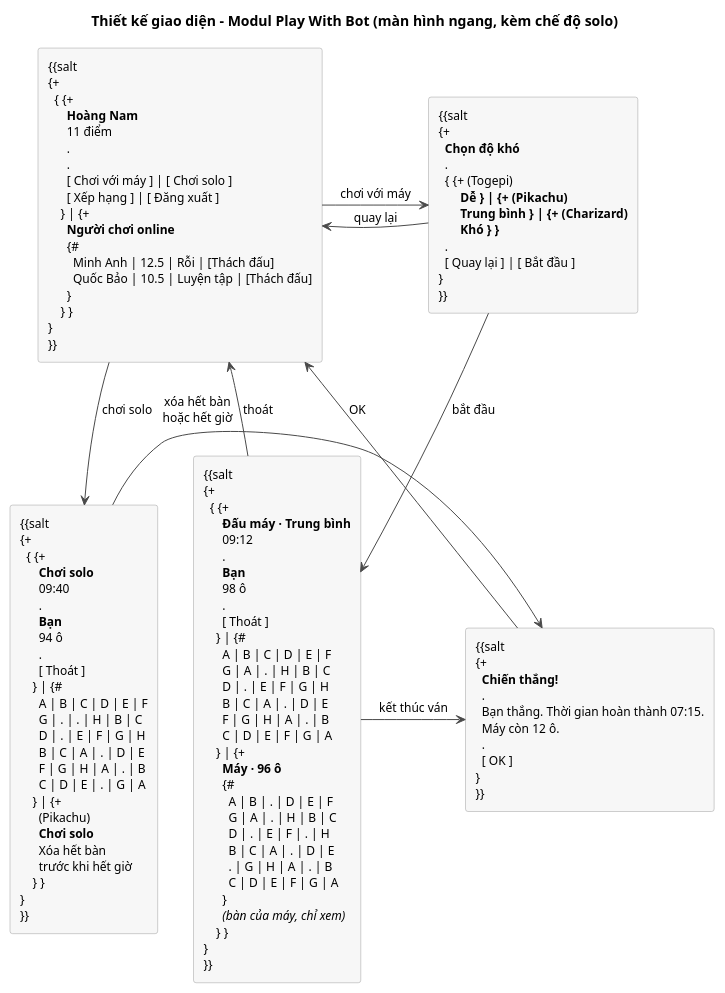
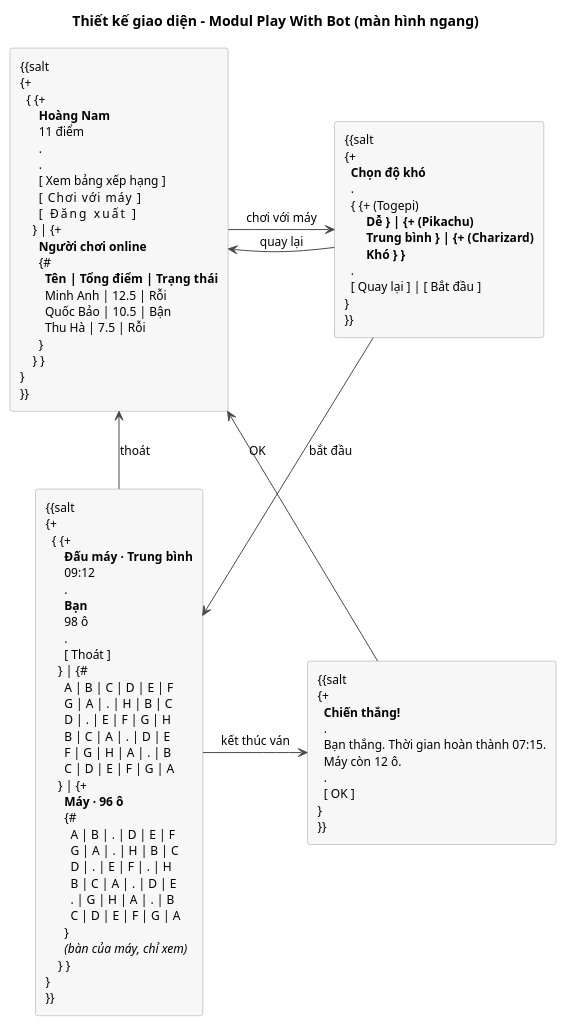
Before and after one commit to VattenL/mobile-pikachu: the diagram in docs/uml/pha3/ui-m2.puml, drawn with PlantUML. The commit also changed 23 other files, not shown here.

```diff
--- a/docs/uml/pha3/ui-m2.puml
+++ b/docs/uml/pha3/ui-m2.puml
@@ -1,131 +1,104 @@
 @startuml ui-m2
-title Thiết kế giao diện - Modul Play With Bot (màn hình ngang, kèm chế độ solo)
+title Thiết kế giao diện - Modul Play With Bot (màn hình ngang)
 
 skinparam shadowing false
 skinparam defaultFontSize 12
 skinparam ArrowColor #4A4A4A
 skinparam rectangle {
   BackgroundColor #F7F7F7
   BorderColor #9E9E9E
 }
 
 rectangle Main [
 {{salt
 {+
   { {+
       <b>Hoàng Nam
       11 điểm
       .
       .
-      [ Chơi với máy ] | [ Chơi solo ]
-      [ Xếp hạng ] | [ Đăng xuất ]
+      [ Xem bảng xếp hạng ]
+      [   Chơi với máy    ]
+      [     Đăng xuất     ]
     } | {+
       <b>Người chơi online
       {#
-        Minh Anh | 12.5 | Rỗi | [Thách đấu]
-        Quốc Bảo | 10.5 | Luyện tập | [Thách đấu]
+        <b>Tên | <b>Tổng điểm | <b>Trạng thái
+        Minh Anh | 12.5 | Rỗi
+        Quốc Bảo | 10.5 | Bận
+        Thu Hà | 7.5 | Rỗi
       }
     } }
 }
 }}
 ]
 
 rectangle Difficulty [
 {{salt
 {+
   <b>Chọn độ khó
   .
   { {+ (Togepi)
        <b>Dễ } | {+ (Pikachu)
        <b>Trung bình } | {+ (Charizard)
        <b>Khó } }
   .
   [ Quay lại ] | [ Bắt đầu ]
 }
 }}
 ]
 
 rectangle Game [
 {{salt
 {+
   { {+
       <b>Đấu máy · Trung bình
       09:12
       .
       <b>Bạn
       98 ô
       .
       [ Thoát ]
     } | {#
       A | B | C | D | E | F
       G | A | . | H | B | C
       D | . | E | F | G | H
       B | C | A | . | D | E
       F | G | H | A | . | B
       C | D | E | F | G | A
     } | {+
       <b>Máy · 96 ô
       {#
         A | B | . | D | E | F
         G | A | . | H | B | C
         D | . | E | F | . | H
         B | C | A | . | D | E
         . | G | H | A | . | B
         C | D | E | F | G | A
       }
       <i>(bàn của máy, chỉ xem)
     } }
 }
 }}
 ]
 
-rectangle Solo [
-{{salt
-{+
-  { {+
-      <b>Chơi solo
-      09:40
-      .
-      <b>Bạn
-      94 ô
-      .
-      [ Thoát ]
-    } | {#
-      A | B | C | D | E | F
-      G | . | . | H | B | C
-      D | . | E | F | G | H
-      B | C | A | . | D | E
-      F | G | H | A | . | B
-      C | D | E | . | G | A
-    } | {+
-      (Pikachu)
-      <b>Chơi solo
-      Xóa hết bàn
-      trước khi hết giờ
-    } }
-}
-}}
-]
-
 rectangle Result [
 {{salt
 {+
   <b>Chiến thắng!
   .
   Bạn thắng. Thời gian hoàn thành 07:15.
   Máy còn 12 ô.
   .
   [ OK ]
 }
 }}
 ]
 
 Main -right-> Difficulty : chơi với máy
 Difficulty -left-> Main : quay lại
 Difficulty -down-> Game : bắt đầu
-Main -down-> Solo : chơi solo
 Game -right-> Result : kết thúc ván
-Solo -right-> Result : xóa hết bàn\nhoặc hết giờ
 Game -up-> Main : thoát
 Result -up-> Main : OK
 @enduml
```
